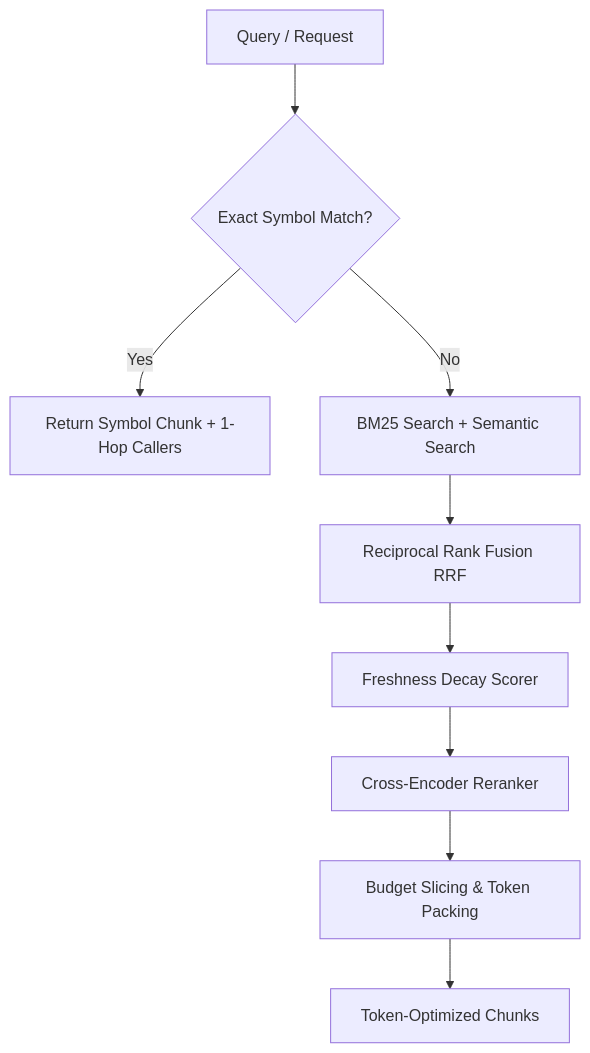
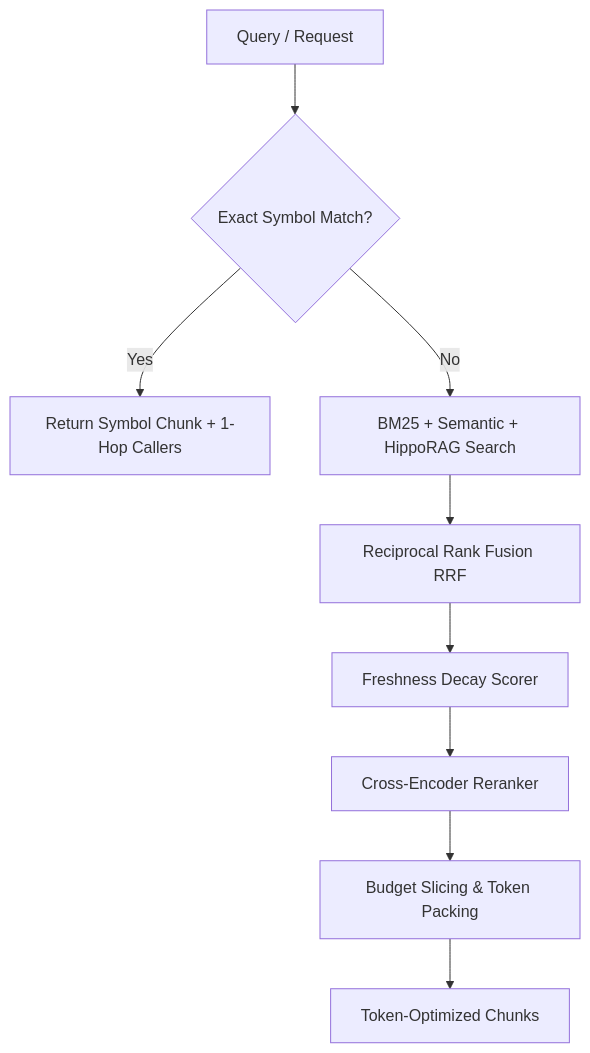
Before and after one commit to Omkar1279/lattice: the second of 2 diagrams in architecture.md, drawn with Mermaid. The commit also changed other lines of this file and 1 other file, not shown here.

Commit message:
update README.md and architecture.md with HippoRAG / PPR details

````diff
--- a/architecture.md
+++ b/architecture.md
@@ -133,11 +133,11 @@
 ```mermaid
 graph TD
     Query[Query / Request] --> Stage1{Exact Symbol Match?}
     Stage1 -->|Yes| EarlyExit[Return Symbol Chunk + 1-Hop Callers]
-    Stage1 -->|No| Stage2[BM25 Search + Semantic Search]
+    Stage1 -->|No| Stage2[BM25 + Semantic + HippoRAG Search]
     Stage2 --> Stage3[Reciprocal Rank Fusion RRF]
     Stage3 --> Stage4[Freshness Decay Scorer]
     Stage4 --> Stage5[Cross-Encoder Reranker]
     Stage5 --> Stage6[Budget Slicing & Token Packing]
     Stage6 --> Out[Token-Optimized Chunks]
 ```
````
